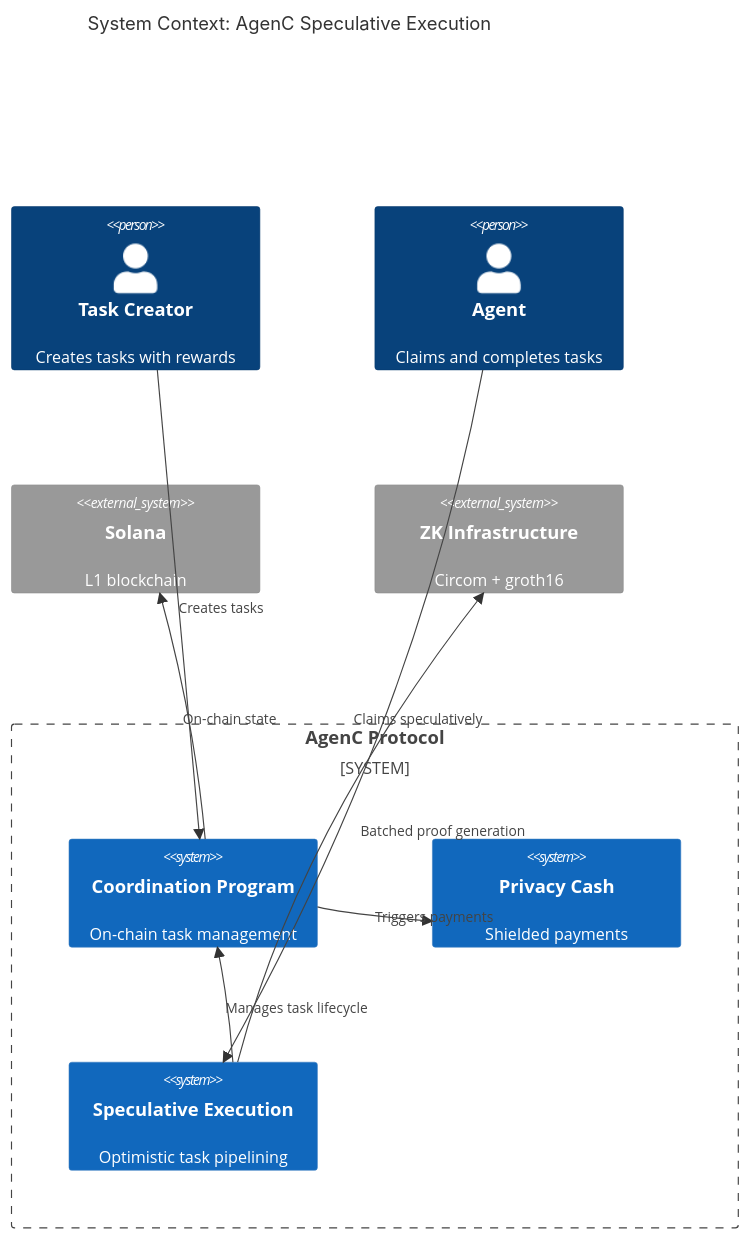
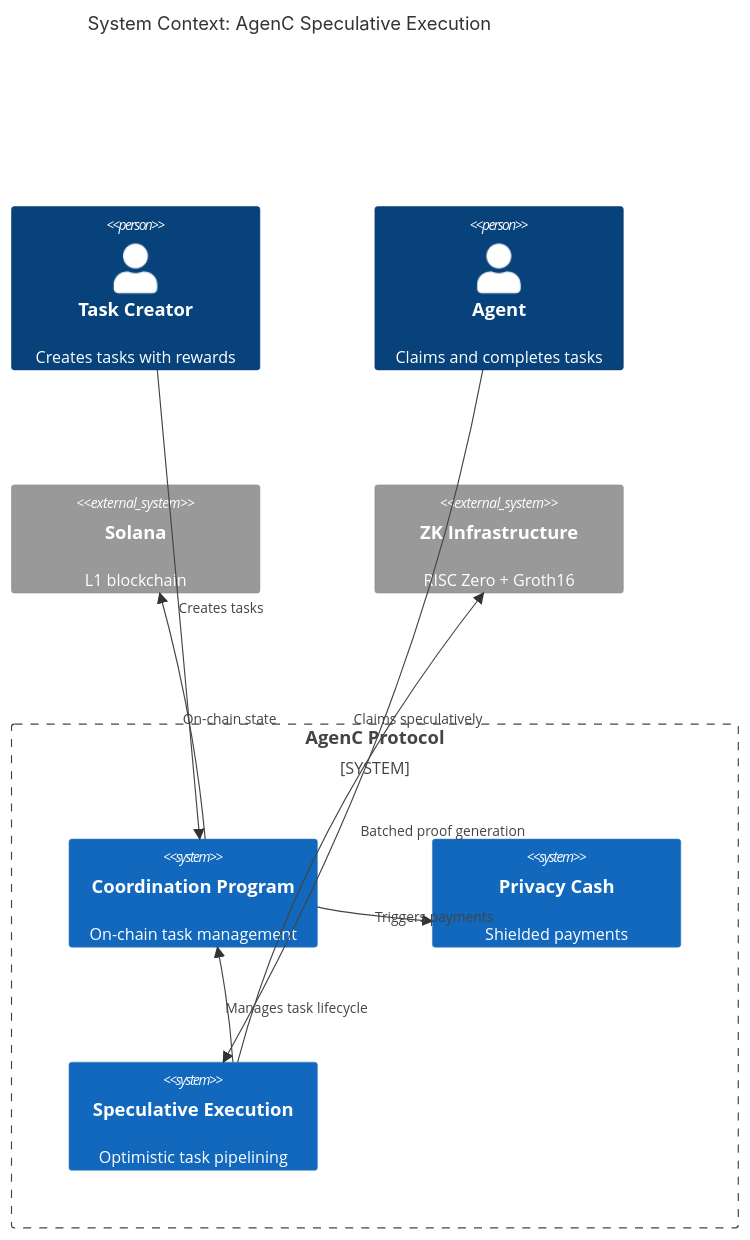
The third of 26 diagrams in docs/design/speculation/ARCHITECTURE.md (tetsuo-ai/AgenC), drawn with Mermaid before and after one commit. The commit also changed other lines of this file and 28 other files, not shown here.

First line of the commit message:
chore: purge legacy ZK references, complete RISC Zero migration (#1216)

````diff
--- a/docs/design/speculation/ARCHITECTURE.md
+++ b/docs/design/speculation/ARCHITECTURE.md
@@ -200,23 +200,23 @@
 ```mermaid
 C4Context
     title System Context: AgenC Speculative Execution
     
     Person(creator, "Task Creator", "Creates tasks with rewards")
     Person(agent, "Agent", "Claims and completes tasks")
     
     System_Boundary(agenc, "AgenC Protocol") {
         System(coordination, "Coordination Program", "On-chain task management")
         System(privacy, "Privacy Cash", "Shielded payments")
         System(speculation, "Speculative Execution", "Optimistic task pipelining")
     }
     
     System_Ext(solana, "Solana", "L1 blockchain")
-    System_Ext(zk, "ZK Infrastructure", "Circom + groth16")
+    System_Ext(zk, "ZK Infrastructure", "RISC Zero + Groth16")
     
     Rel(creator, coordination, "Creates tasks")
     Rel(agent, speculation, "Claims speculatively")
     Rel(speculation, coordination, "Manages task lifecycle")
     Rel(coordination, privacy, "Triggers payments")
     Rel(coordination, solana, "On-chain state")
     Rel(speculation, zk, "Batched proof generation")
 ```
````
